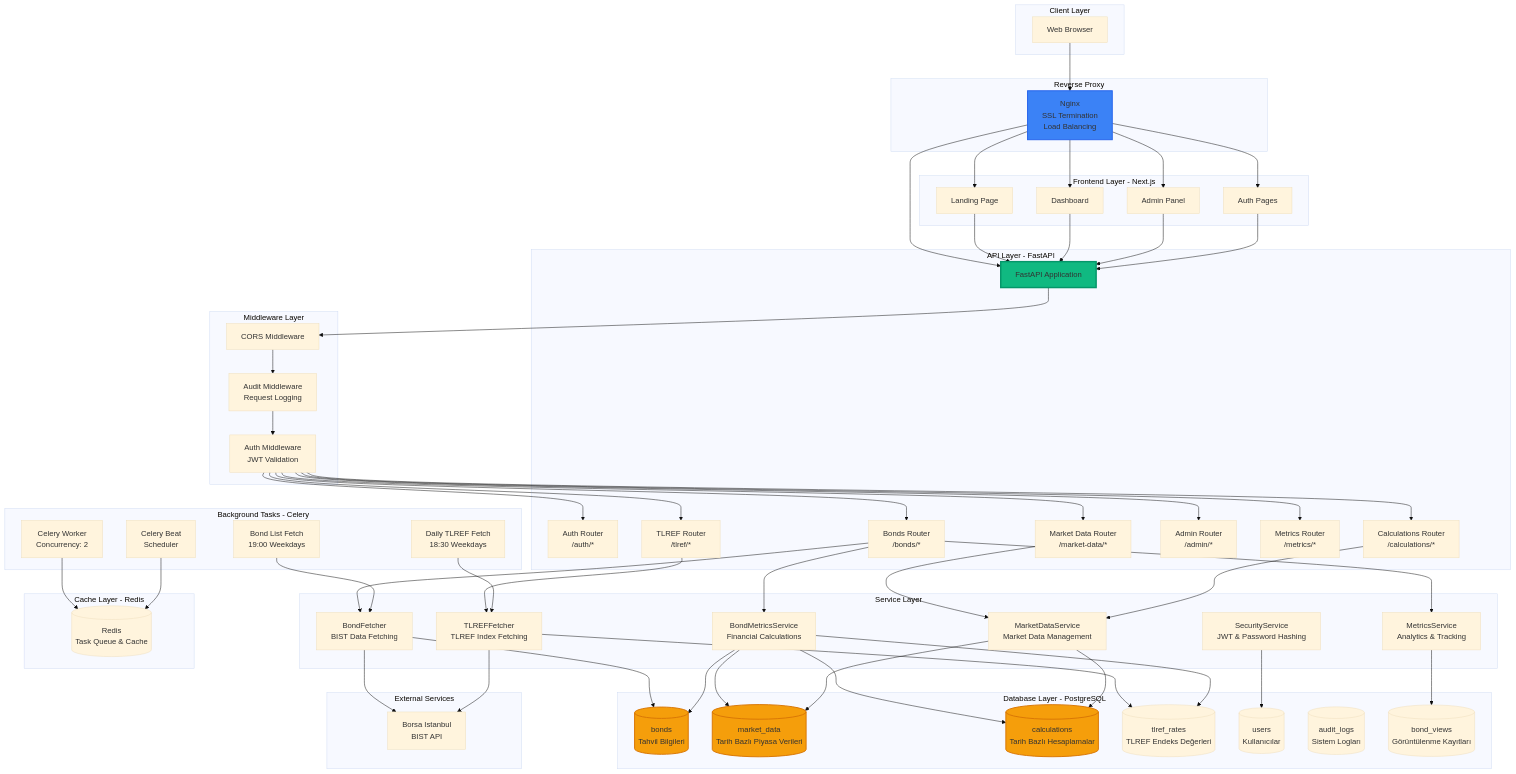
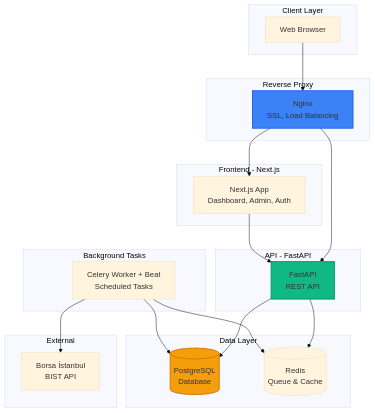
One commit to mikailustuner/bondley.one changed the diagram in README.md. Above: the diagram before and after it, drawn with Mermaid (base theme). The commit also changed other lines of this file and 1 other file, not shown here.

````diff
--- a/README.md
+++ b/README.md
@@ -177,121 +74,42 @@
         Browser[Web Browser]
     end
     
-    subgraph "Frontend Layer - Next.js"
-        Landing[Landing Page]
-        Dashboard[Dashboard]
-        Admin[Admin Panel]
-        Auth[Auth Pages]
+    subgraph "Frontend - Next.js"
+        Web[Next.js App<br/>Dashboard, Admin, Auth]
     end
     
     subgraph "Reverse Proxy"
-        Nginx[Nginx<br/>SSL Termination<br/>Load Balancing]
+        Nginx[Nginx<br/>SSL, Load Balancing]
     end
     
-    subgraph "API Layer - FastAPI"
-        API[FastAPI Application]
-        AuthRouter[Auth Router<br/>/auth/*]
-        BondsRouter[Bonds Router<br/>/bonds/*]
-        MarketRouter[Market Data Router<br/>/market-data/*]
-        CalcRouter[Calculations Router<br/>/calculations/*]
-        AdminRouter[Admin Router<br/>/admin/*]
-        MetricsRouter[Metrics Router<br/>/metrics/*]
-        TLREFRouter[TLREF Router<br/>/tlref/*]
+    subgraph "API - FastAPI"
+        API[FastAPI<br/>REST API]
     end
     
-    subgraph "Middleware Layer"
-        CORSMiddleware[CORS Middleware]
-        AuditMiddleware[Audit Middleware<br/>Request Logging]
-        AuthMiddleware[Auth Middleware<br/>JWT Validation]
+    subgraph "Background Tasks"
+        Celery[Celery Worker + Beat<br/>Scheduled Tasks]
     end
     
-    subgraph "Service Layer"
-        BondFetcher[BondFetcher<br/>BIST Data Fetching]
-        TLREFFetcher[TLREFFetcher<br/>TLREF Index Fetching]
-        BondMetricsService[BondMetricsService<br/>Financial Calculations]
-        MarketDataService[MarketDataService<br/>Market Data Management]
-        MetricsService[MetricsService<br/>Analytics & Tracking]
-        SecurityService[SecurityService<br/>JWT & Password Hashing]
+    subgraph "Data Layer"
+        PostgreSQL[(PostgreSQL<br/>Database)]
+        Redis[(Redis<br/>Queue & Cache)]
     end
     
-    subgraph "Background Tasks - Celery"
-        CeleryWorker[Celery Worker<br/>Concurrency: 2]
-        CeleryBeat[Celery Beat<br/>Scheduler]
-        DailyTLREFTask[Daily TLREF Fetch<br/>18:30 Weekdays]
-        BondListTask[Bond List Fetch<br/>19:00 Weekdays]
-    end
-    
-    subgraph "Database Layer - PostgreSQL"
-        BondsTable[(bonds<br/>Tahvil Bilgileri)]
-        MarketDataTable[(market_data<br/>Tarih Bazlı Piyasa Verileri)]
-        CalculationsTable[(calculations<br/>Tarih Bazlı Hesaplamalar)]
-        TLREFRatesTable[(tlref_rates<br/>TLREF Endeks Değerleri)]
-        UsersTable[(users<br/>Kullanıcılar)]
-        AuditLogsTable[(audit_logs<br/>Sistem Logları)]
-        BondViewsTable[(bond_views<br/>Görüntülenme Kayıtları)]
-    end
-    
-    subgraph "Cache Layer - Redis"
-        Redis[(Redis<br/>Task Queue & Cache)]
-    end
-    
-    subgraph "External Services"
-        BIST[Borsa Istanbul<br/>BIST API]
+    subgraph "External"
+        BIST[Borsa İstanbul<br/>BIST API]
     end
     
     Browser --> Nginx
-    Nginx --> Landing
-    Nginx --> Dashboard
-    Nginx --> Admin
-    Nginx --> Auth
+    Nginx --> Web
     Nginx --> API
+    Web --> API
+    API --> PostgreSQL
+    API --> Redis
+    Celery --> Redis
+    Celery --> PostgreSQL
+    Celery --> BIST
     
-    Landing --> API
-    Dashboard --> API
-    Admin --> API
-    Auth --> API
-    
-    API --> CORSMiddleware
-    CORSMiddleware --> AuditMiddleware
-    AuditMiddleware --> AuthMiddleware
-    
-    AuthMiddleware --> AuthRouter
-    AuthMiddleware --> BondsRouter
-    AuthMiddleware --> MarketRouter
-    AuthMiddleware --> CalcRouter
-    AuthMiddleware --> AdminRouter
-    AuthMiddleware --> MetricsRouter
-    AuthMiddleware --> TLREFRouter
-    
-    BondsRouter --> BondFetcher
-    BondsRouter --> BondMetricsService
-    BondsRouter --> MetricsService
-    MarketRouter --> MarketDataService
-    CalcRouter --> MarketDataService
-    TLREFRouter --> TLREFFetcher
-    
-    BondFetcher --> BIST
-    TLREFFetcher --> BIST
-    
-    CeleryWorker --> Redis
-    CeleryBeat --> Redis
-    DailyTLREFTask --> TLREFFetcher
-    BondListTask --> BondFetcher
-    
-    BondFetcher --> BondsTable
-    TLREFFetcher --> TLREFRatesTable
-    BondMetricsService --> CalculationsTable
-    BondMetricsService --> BondsTable
-    BondMetricsService --> TLREFRatesTable
-    BondMetricsService --> MarketDataTable
-    MarketDataService --> MarketDataTable
-    MarketDataService --> CalculationsTable
-    MetricsService --> BondViewsTable
-    SecurityService --> UsersTable
-    
-    style API fill:#10b981,stroke:#059669,stroke-width:3px
+    style API fill:#10b981,stroke:#059669,stroke-width:2px
     style Nginx fill:#3b82f6,stroke:#2563eb,stroke-width:2px
-    style BondsTable fill:#f59e0b,stroke:#d97706,stroke-width:2px
-    style MarketDataTable fill:#f59e0b,stroke:#d97706,stroke-width:2px
-    style CalculationsTable fill:#f59e0b,stroke:#d97706,stroke-width:2px
+    style PostgreSQL fill:#f59e0b,stroke:#d97706,stroke-width:2px
 ```
````
